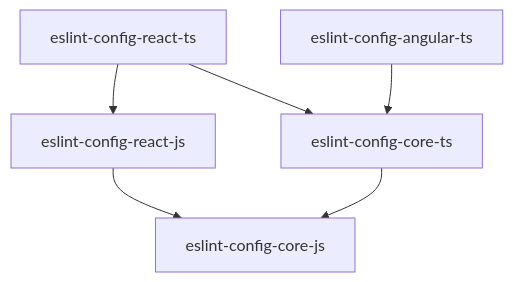
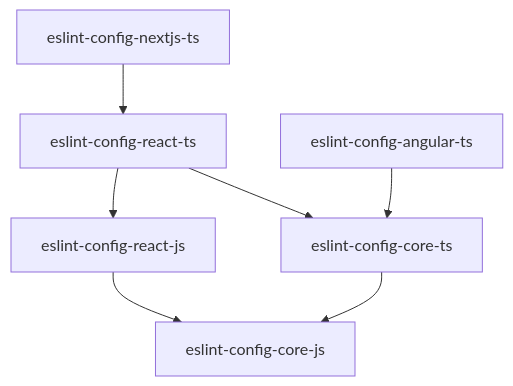
One commit to infinum/js-linters changed the diagram in README.md. Above: the diagram before and after it, drawn with Mermaid. The commit also changed 6 other files, not shown here.

````diff
--- a/README.md
+++ b/README.md
@@ -7,8 +7,9 @@
 ```mermaid
 graph TD;
     eslint-config-core-ts-->eslint-config-core-js;
     eslint-config-react-js-->eslint-config-core-js;
     eslint-config-react-ts-->eslint-config-react-js;
     eslint-config-react-ts-->eslint-config-core-ts;
+    eslint-config-nextjs-ts-->eslint-config-react-ts;
     eslint-config-angular-ts-->eslint-config-core-ts;
 ```
````
